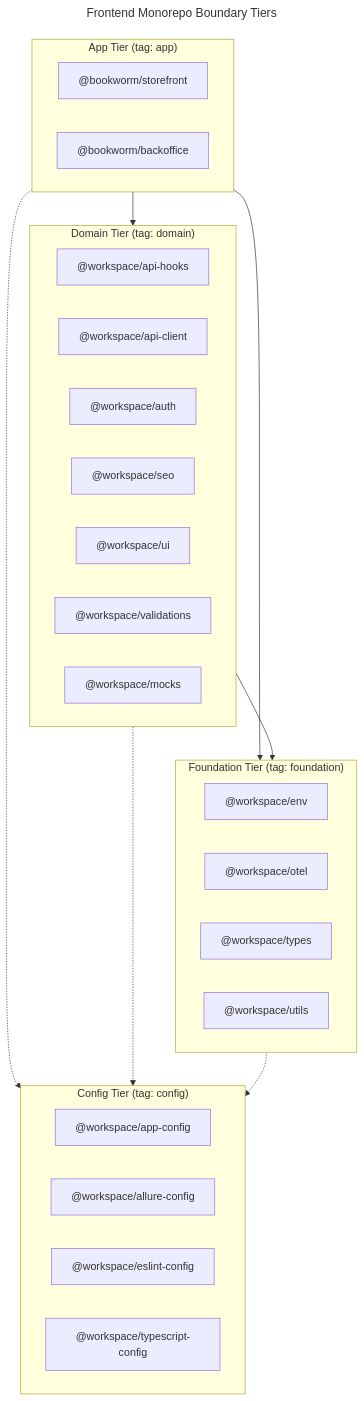
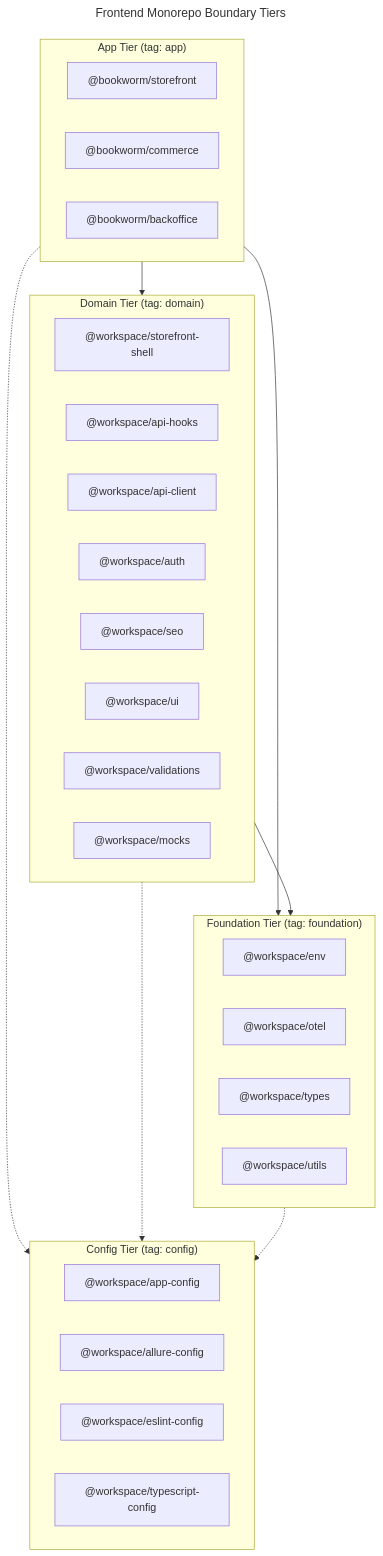
Before and after one commit to foxminchan/BookWorm: the diagram in docs/docs/frontend/mermaids/monorepo-package-layers.mmd, drawn with Mermaid. The commit also changed 220 other files, not shown here.

Commit message:
refactor(clients): decouple storefront into micro-frontends with commerce app and shared shell (#1848)

```diff
--- a/docs/docs/frontend/mermaids/monorepo-package-layers.mmd
+++ b/docs/docs/frontend/mermaids/monorepo-package-layers.mmd
@@ -1,40 +1,42 @@
 ---
 title: Frontend Monorepo Boundary Tiers
 ---
 flowchart TB
 
 	subgraph Apps["App Tier (tag: app)"]
 		Storefront["@bookworm/storefront"]
+		Commerce["@bookworm/commerce"]
 		Backoffice["@bookworm/backoffice"]
 	end
 
 	subgraph Domain["Domain Tier (tag: domain)"]
+		StorefrontShell["@workspace/storefront-shell"]
 		ApiHooks["@workspace/api-hooks"]
 		ApiClient["@workspace/api-client"]
 		Auth["@workspace/auth"]
 		Seo["@workspace/seo"]
 		Ui["@workspace/ui"]
 		Validations["@workspace/validations"]
 		Mocks["@workspace/mocks"]
 	end
 
 	subgraph Foundation["Foundation Tier (tag: foundation)"]
 		Env["@workspace/env"]
 		Otel["@workspace/otel"]
 		Types["@workspace/types"]
 		Utils["@workspace/utils"]
 	end
 
 	subgraph Config["Config Tier (tag: config)"]
 		AppConfig["@workspace/app-config"]
 		AllureConfig["@workspace/allure-config"]
 		EslintConfig["@workspace/eslint-config"]
 		TsConfig["@workspace/typescript-config"]
 	end
 
 	Apps --> Domain
 	Apps --> Foundation
 	Domain --> Foundation
 	Apps -.-> Config
 	Domain -.-> Config
 	Foundation -.-> Config
```
